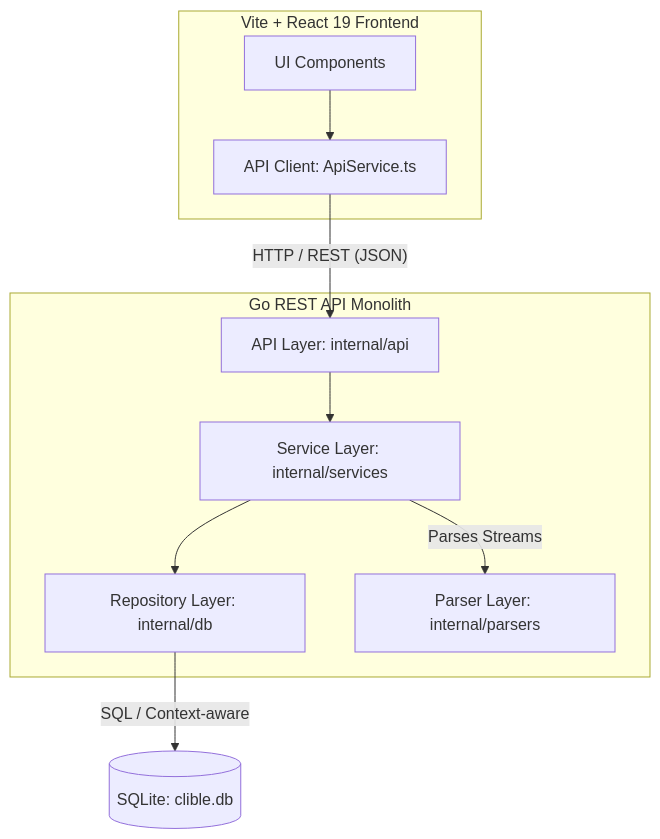
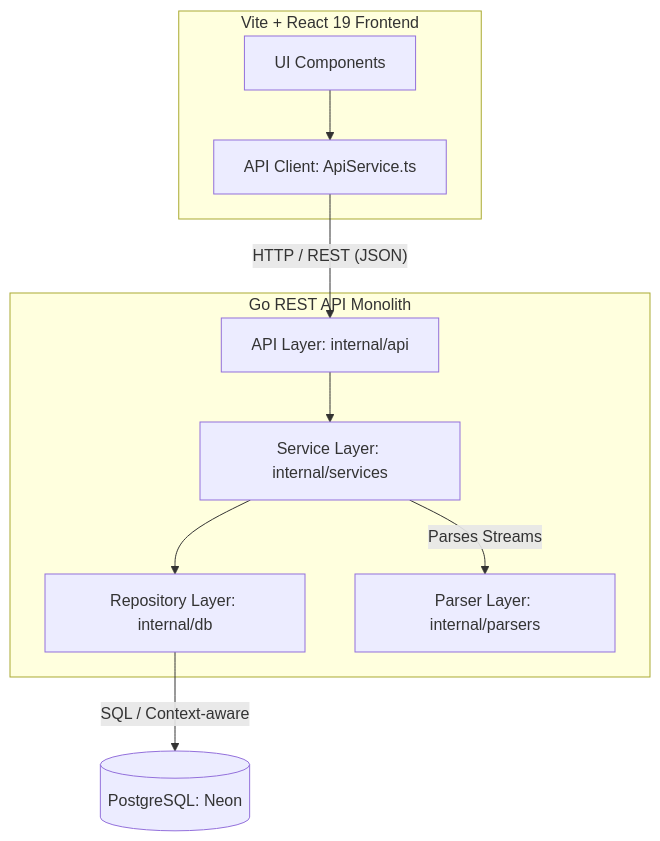
The first of 2 diagrams in docs/architecture/overview.md (mvirtai/clible-v3-go), drawn with Mermaid before and after one commit. The commit also changed other lines of this file and 6 other files, not shown here.

````diff
--- a/docs/architecture/overview.md
+++ b/docs/architecture/overview.md
@@ -11,23 +11,23 @@
 ```mermaid
 graph TD
     subgraph Frontend [Vite + React 19 Frontend]
         UI[UI Components]
         API_CLIENT[API Client: ApiService.ts]
     end
 
     subgraph Backend [Go REST API Monolith]
         API_LAYER[API Layer: internal/api]
         SVC_LAYER[Service Layer: internal/services]
         REP_LAYER[Repository Layer: internal/db]
         PRS_LAYER[Parser Layer: internal/parsers]
     end
 
-    DB[(SQLite: clible.db)]
+    DB[(PostgreSQL: Neon)]
 
     UI --> API_CLIENT
     API_CLIENT -- "HTTP / REST (JSON)" --> API_LAYER
     API_LAYER --> SVC_LAYER
     SVC_LAYER --> REP_LAYER
     SVC_LAYER -- "Parses Streams" --> PRS_LAYER
     REP_LAYER -- "SQL / Context-aware" --> DB
 ```
````
